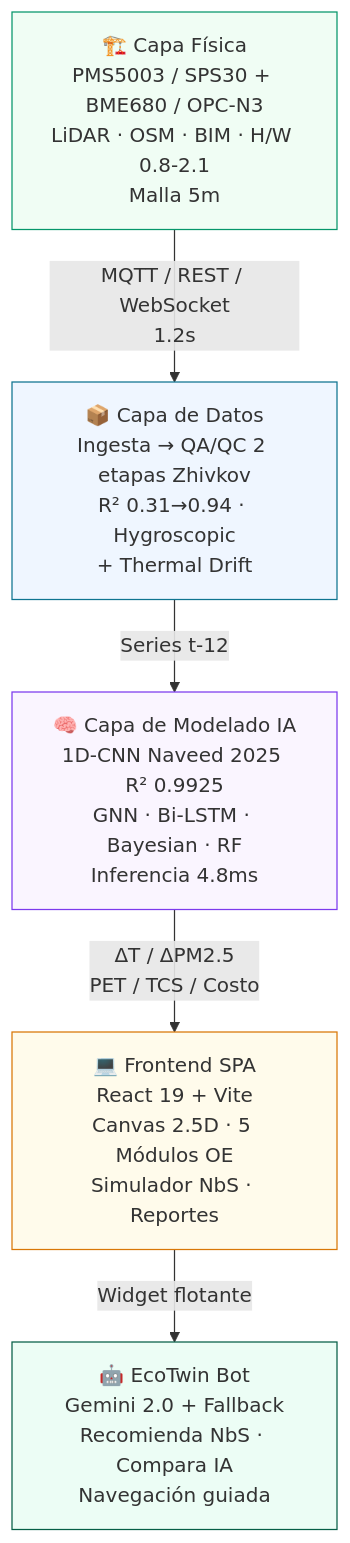
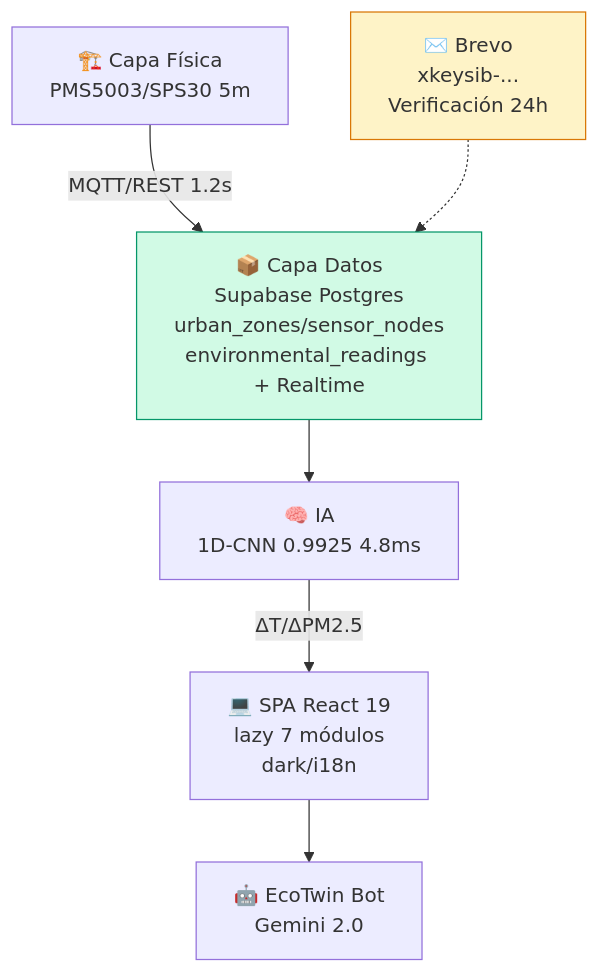
The diagram in README.md (jfloriana/gemelo-digital-trujillo), drawn with Mermaid before and after one commit. The commit also changed other lines of this file and 1 other file, not shown here.

Commit message:
docs(readme): reescribe con todo lo nuevo — Supabase 11 tablas + Brevo verificación 24h + dark/i18n 6 idiomas + multi-depto 25 + CRUD zonas + PWA + APA7 + performance code-split + tests + seguridad .gitignore; fix(AuthScreen): ambos tesistas Florian Arévalo & Galvéz Luna

````diff
--- a/README.md
+++ b/README.md
@@ -135,14 +120,11 @@
 ```mermaid
 flowchart TB
-    A["🏗️ Capa Física<br/>PMS5003 / SPS30 + BME680 / OPC-N3<br/>LiDAR · OSM · BIM · H/W 0.8-2.1<br/>Malla 5m"] -->|MQTT / REST / WebSocket<br/>1.2s| B
-    B["📦 Capa de Datos<br/>Ingesta → QA/QC 2 etapas Zhivkov<br/>R² 0.31→0.94 · Hygroscopic<br/>+ Thermal Drift"] -->|Series t-12| C
-    C["🧠 Capa de Modelado IA<br/>1D-CNN Naveed 2025 R² 0.9925<br/>GNN · Bi-LSTM · Bayesian · RF<br/>Inferencia 4.8ms"] -->|ΔT / ΔPM2.5<br/>PET / TCS / Costo| D
-    D["💻 Frontend SPA<br/>React 19 + Vite<br/>Canvas 2.5D · 5 Módulos OE<br/>Simulador NbS · Reportes"] -->|Widget flotante| E
-    E["🤖 EcoTwin Bot<br/>Gemini 2.0 + Fallback<br/>Recomienda NbS · Compara IA<br/>Navegación guiada"]
-    
-    style A fill:#f0fdf4,stroke:#059669
-    style B fill:#eff6ff,stroke:#0e7490
-    style C fill:#faf5ff,stroke:#7c3aed
-    style D fill:#fffbeb,stroke:#d97706
-    style E fill:#ecfdf5,stroke:#065f46
+    A["🏗️ Capa Física<br/>PMS5003/SPS30 5m"] -->|MQTT/REST 1.2s| B
+    B["📦 Capa Datos<br/>Supabase Postgres<br/>urban_zones/sensor_nodes<br/>environmental_readings + Realtime"] --> C
+    C["🧠 IA<br/>1D-CNN 0.9925 4.8ms"] -->|ΔT/ΔPM2.5| D
+    D["💻 SPA React 19<br/>lazy 7 módulos<br/>dark/i18n"] --> E
+    E["🤖 EcoTwin Bot<br/>Gemini 2.0"]
+    F["✉️ Brevo<br/>xkeysib-...<br/>Verificación 24h"] -.-> B
+    style B fill:#d1fae5,stroke:#059669
+    style F fill:#fef3c7,stroke:#d97706
 ```
````
